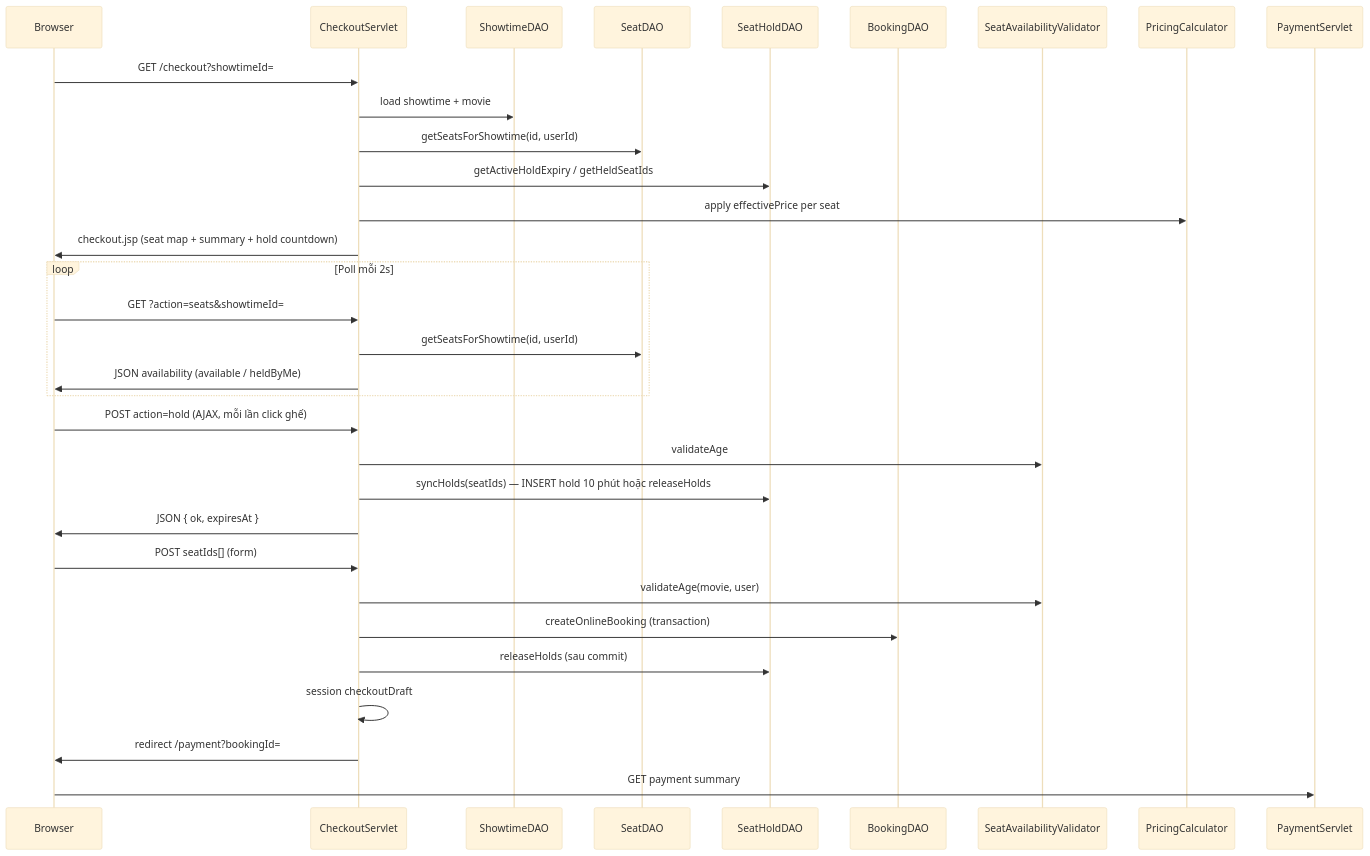
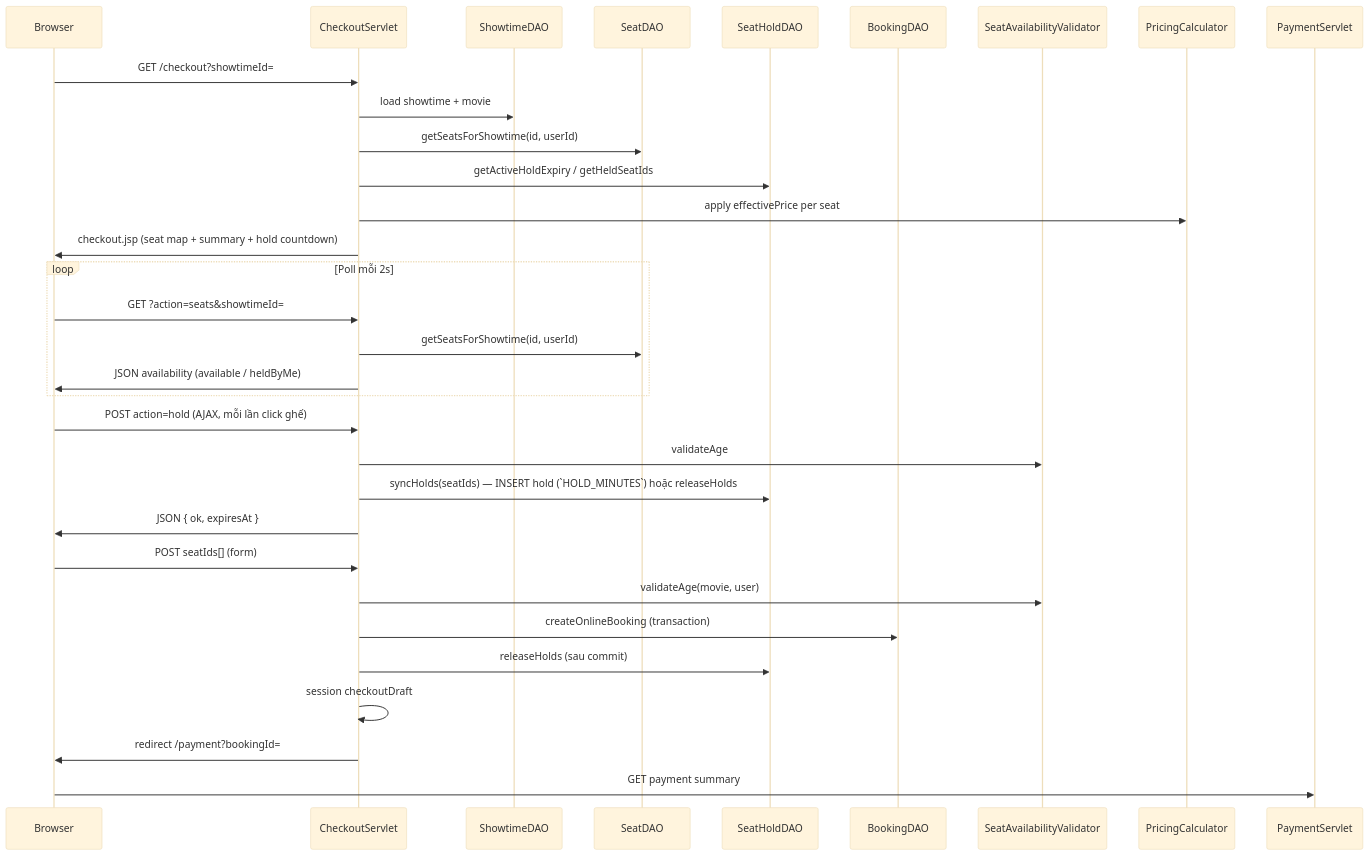
The second of 2 diagrams in CUSTOMER_MODULE_DETAIL.md (khiem1301/MovieTicketBookingSystem), drawn with Mermaid (base theme) before and after one commit. The commit also changed other lines of this file and 25 other files, not shown here.

````diff
--- a/CUSTOMER_MODULE_DETAIL.md
+++ b/CUSTOMER_MODULE_DETAIL.md
@@ -419,38 +467,38 @@
 ```mermaid
 sequenceDiagram
     participant B as Browser
     participant C as CheckoutServlet
     participant SD as ShowtimeDAO
     participant SeD as SeatDAO
     participant SH as SeatHoldDAO
     participant BD as BookingDAO
     participant V as SeatAvailabilityValidator
     participant PC as PricingCalculator
     participant P as PaymentServlet
 
     B->>C: GET /checkout?showtimeId=
     C->>SD: load showtime + movie
     C->>SeD: getSeatsForShowtime(id, userId)
     C->>SH: getActiveHoldExpiry / getHeldSeatIds
     C->>PC: apply effectivePrice per seat
     C->>B: checkout.jsp (seat map + summary + hold countdown)
 
     loop Poll mỗi 2s
         B->>C: GET ?action=seats&showtimeId=
         C->>SeD: getSeatsForShowtime(id, userId)
         C->>B: JSON availability (available / heldByMe)
     end
 
     B->>C: POST action=hold (AJAX, mỗi lần click ghế)
     C->>V: validateAge
-    C->>SH: syncHolds(seatIds) — INSERT hold 10 phút hoặc releaseHolds
+    C->>SH: syncHolds(seatIds) — INSERT hold (`HOLD_MINUTES`) hoặc releaseHolds
     C->>B: JSON { ok, expiresAt }
 
     B->>C: POST seatIds[] (form)
     C->>V: validateAge(movie, user)
     C->>BD: createOnlineBooking (transaction)
     C->>SH: releaseHolds (sau commit)
     C->>C: session checkoutDraft
     C->>B: redirect /payment?bookingId=
     B->>P: GET payment summary
 ```
````
